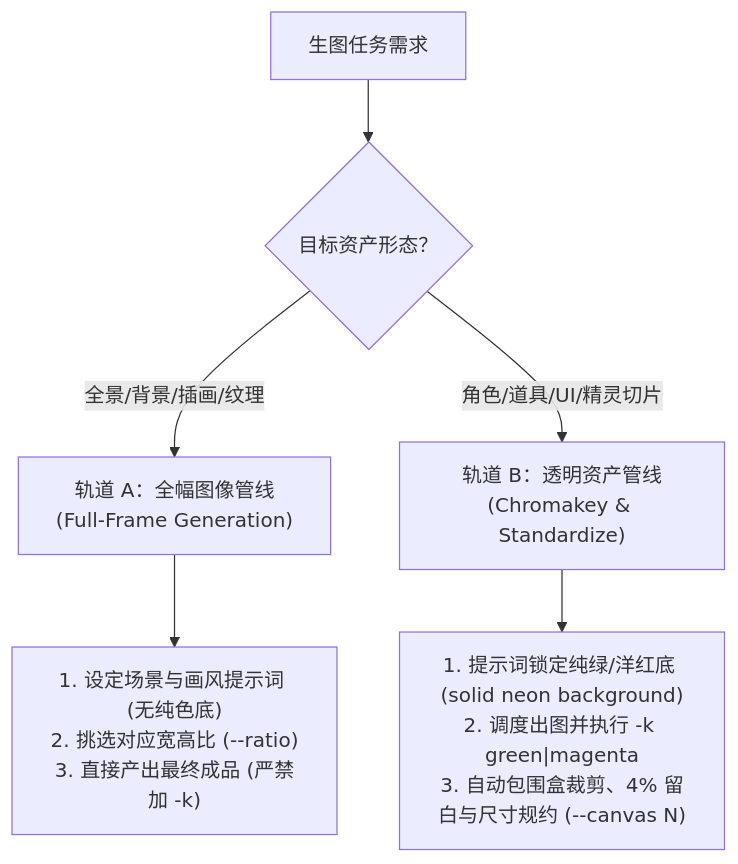
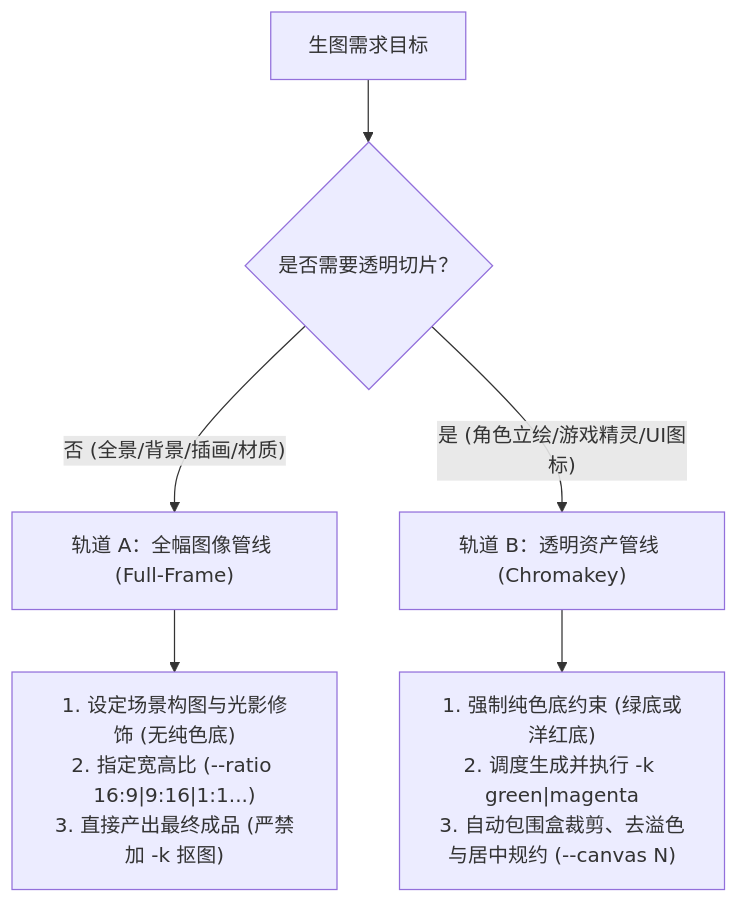
The diagram in SKILL.md (Shirolin/agy-imagegen-skill), drawn with Mermaid before and after one commit. The commit also changed other lines of this file and 14 other files, not shown here.

First line of the commit message:
refactor: 统一 Python 深模块架构与单一事实源，修复管道死锁与原图保护

````diff
--- a/SKILL.md
+++ b/SKILL.md
@@ -16,10 +22,10 @@
 ```mermaid
 graph TD
-    Start["生图任务需求"] --> FormCheck{"目标资产形态？"}
+    Start["生图需求目标"] --> TrackCheck{"是否需要透明切片？"}
     
-    FormCheck -->|"全景/背景/插画/纹理"| FullTrack["轨道 A：全幅图像管线<br>(Full-Frame Generation)"]
-    FormCheck -->|"角色/道具/UI/精灵切片"| IsoTrack["轨道 B：透明资产管线<br>(Chromakey & Standardize)"]
+    TrackCheck -->|"否 (全景/背景/插画/材质)"| TrackA["轨道 A：全幅图像管线 (Full-Frame)"]
+    TrackCheck -->|"是 (角色立绘/游戏精灵/UI图标)"| TrackB["轨道 B：透明资产管线 (Chromakey)"]
     
-    FullTrack --> ActionA["1. 设定场景与画风提示词 (无纯色底)<br>2. 挑选对应宽高比 (--ratio)<br>3. 直接产出最终成品 (严禁加 -k)"]
-    IsoTrack --> ActionB["1. 提示词锁定纯绿/洋红底 (solid neon background)<br>2. 调度出图并执行 -k green|magenta<br>3. 自动包围盒裁剪、4% 留白与尺寸规约 (--canvas N)"]
+    TrackA --> ActionA["1. 设定场景构图与光影修饰 (无纯色底)<br>2. 指定宽高比 (--ratio 16:9|9:16|1:1...)<br>3. 直接产出最终成品 (严禁加 -k 抠图)"]
+    TrackB --> ActionB["1. 强制纯色底约束 (绿底或洋红底)<br>2. 调度生成并执行 -k green|magenta<br>3. 自动包围盒裁剪、去溢色与居中规约 (--canvas N)"]
 ```
````
